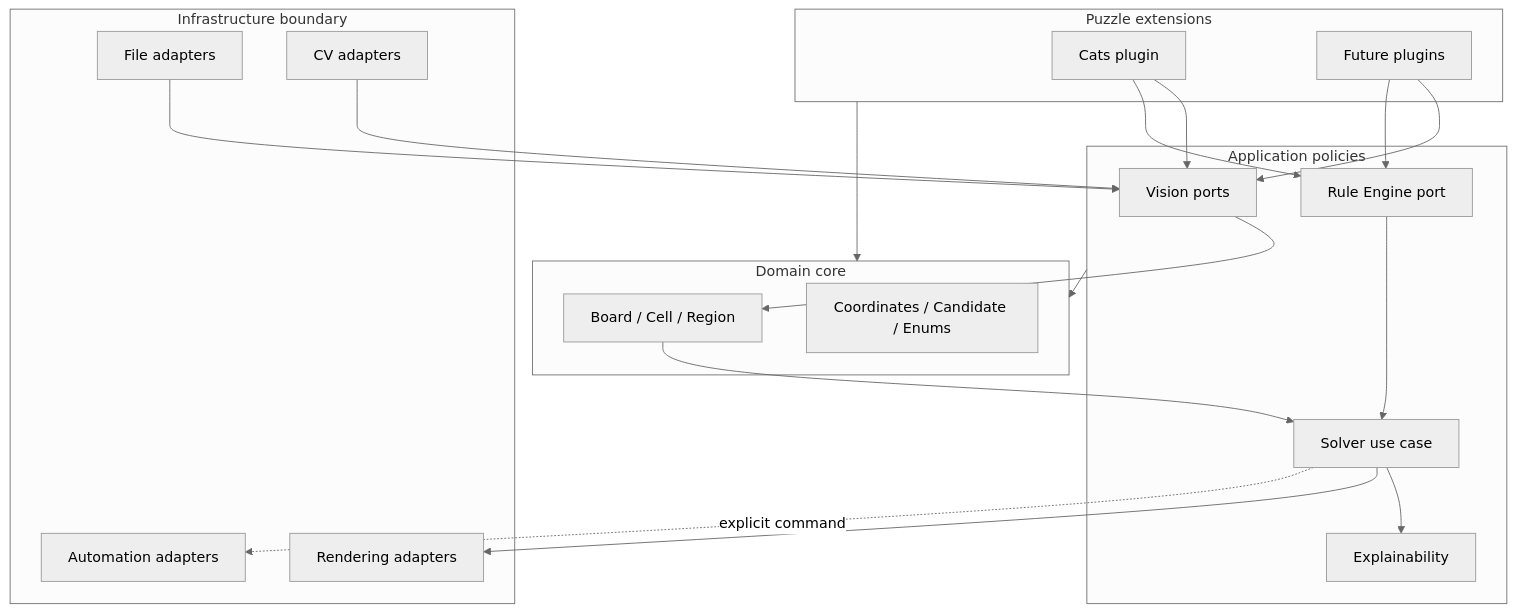
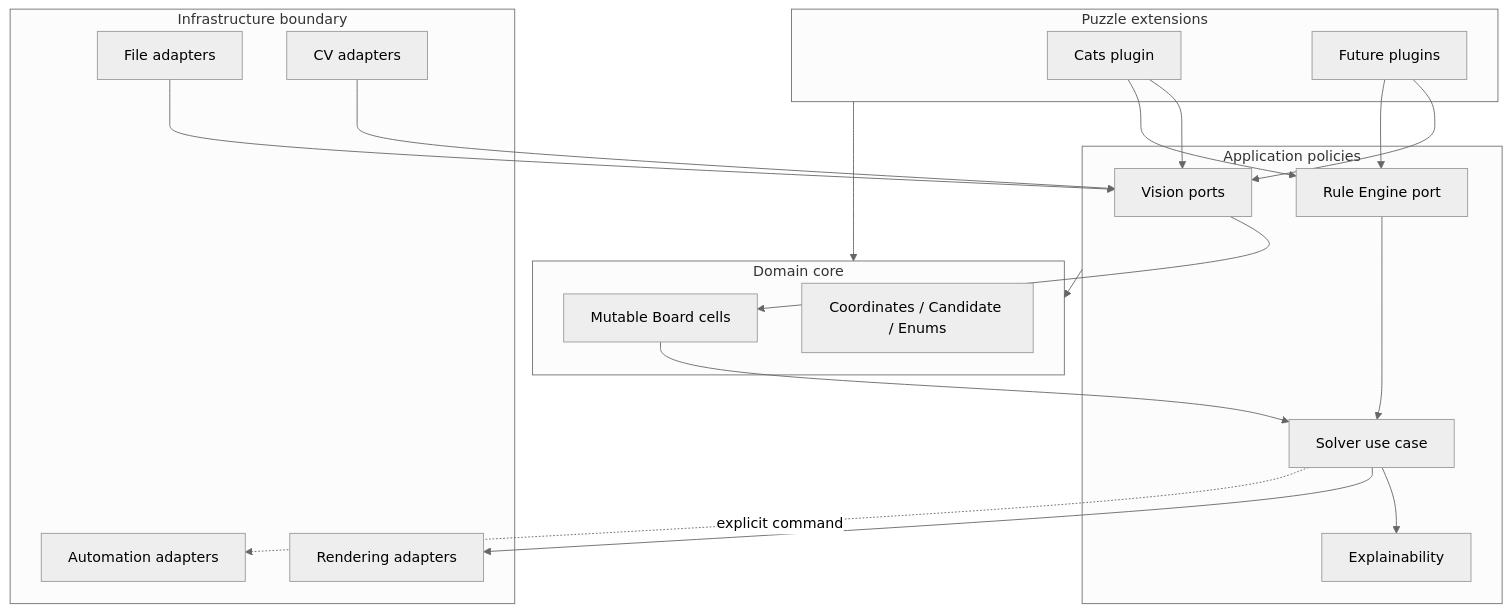
The diagram in ARCHITECTURE.md (Bombowy/PuzzleMind), drawn with Mermaid (neutral theme) before and after one commit. The commit also changed other lines of this file and 14 other files, not shown here.

Commit message:
Add safe mutable board state transitions

````diff
--- a/ARCHITECTURE.md
+++ b/ARCHITECTURE.md
@@ -52,41 +52,41 @@
 ```mermaid
 flowchart TB
     subgraph Infrastructure["Infrastructure boundary"]
         Files["File adapters"]
         CV["CV adapters"]
         UI["Automation adapters"]
         Renderers["Rendering adapters"]
     end
 
     subgraph Application["Application policies"]
         Vision["Vision ports"]
         Solver["Solver use case"]
         Engine["Rule Engine port"]
         Explain["Explainability"]
     end
 
     subgraph Domain["Domain core"]
-        Board["Board / Cell / Region"]
+        Board["Mutable Board cells"]
         Values["Coordinates / Candidate / Enums"]
     end
 
     subgraph Extensions["Puzzle extensions"]
         Cats["Cats plugin"]
         Future["Future plugins"]
     end
 
     Files --> Vision
     CV --> Vision
     Vision --> Board
     Cats --> Vision
     Future --> Vision
     Cats --> Engine
     Future --> Engine
     Engine --> Solver
     Board --> Solver
     Solver --> Explain
     Solver --> Renderers
     Solver -. explicit command .-> UI
     Application --> Domain
     Extensions --> Domain
 ```
````
